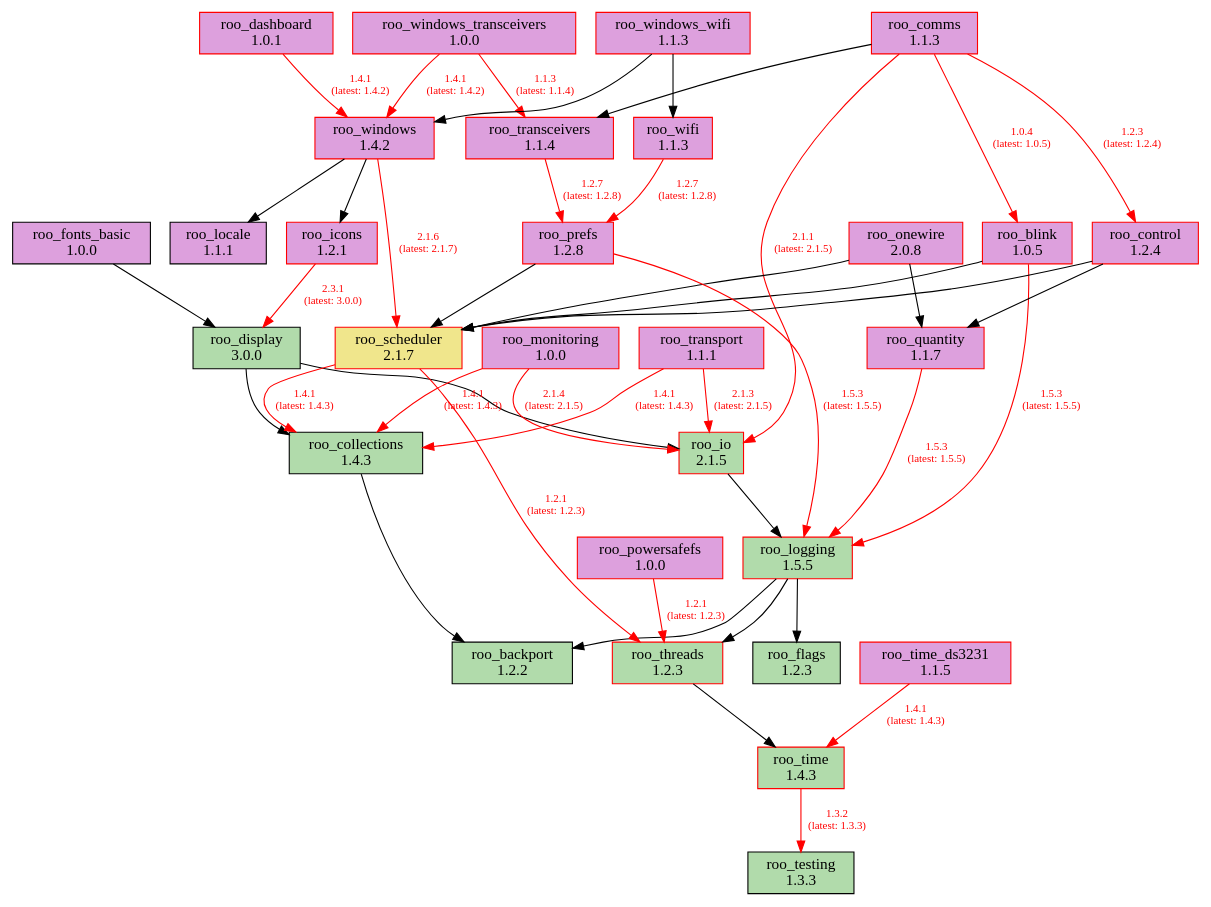
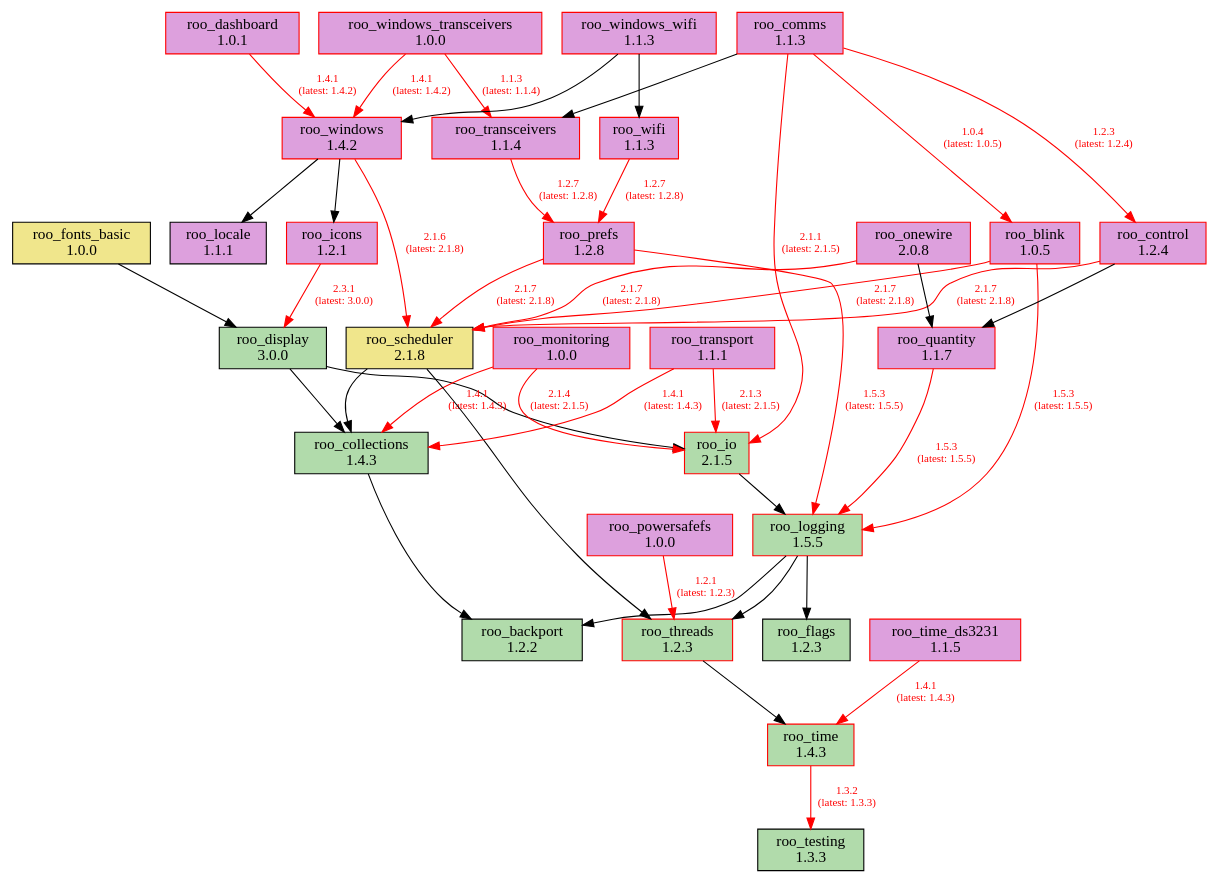
One commit to dejwk/roo-registry changed the diagram in doc/dependencies.dot. Above: the diagram before and after it, drawn with Graphviz. The commit also changed 3 other files, not shown here.

Commit message:
Added roo_scheduler 2.1.8 to the registry.

```diff
--- a/doc/dependencies.dot
+++ b/doc/dependencies.dot
@@ -1,80 +1,80 @@
 digraph dependencies {
     rankdir=TB;
     node [shape=box, style=filled];
     edge [fontsize=10];
 
     // Modules
     "roo_backport" [label="roo_backport\n1.2.2", fillcolor="#b1dbab", color="black"];
     "roo_blink" [label="roo_blink\n1.0.5", fillcolor="plum", color="red"];
     "roo_collections" [label="roo_collections\n1.4.3", fillcolor="#b1dbab", color="black"];
     "roo_comms" [label="roo_comms\n1.1.3", fillcolor="plum", color="red"];
     "roo_control" [label="roo_control\n1.2.4", fillcolor="plum", color="red"];
     "roo_dashboard" [label="roo_dashboard\n1.0.1", fillcolor="plum", color="red"];
     "roo_display" [label="roo_display\n3.0.0", fillcolor="#b1dbab", color="black"];
     "roo_flags" [label="roo_flags\n1.2.3", fillcolor="#b1dbab", color="black"];
-    "roo_fonts_basic" [label="roo_fonts_basic\n1.0.0", fillcolor="plum", color="black"];
+    "roo_fonts_basic" [label="roo_fonts_basic\n1.0.0", fillcolor="khaki", color="black"];
     "roo_icons" [label="roo_icons\n1.2.1", fillcolor="plum", color="red"];
     "roo_io" [label="roo_io\n2.1.5", fillcolor="#b1dbab", color="red"];
     "roo_locale" [label="roo_locale\n1.1.1", fillcolor="plum", color="black"];
     "roo_logging" [label="roo_logging\n1.5.5", fillcolor="#b1dbab", color="red"];
     "roo_monitoring" [label="roo_monitoring\n1.0.0", fillcolor="plum", color="red"];
     "roo_onewire" [label="roo_onewire\n2.0.8", fillcolor="plum", color="red"];
     "roo_powersafefs" [label="roo_powersafefs\n1.0.0", fillcolor="plum", color="red"];
     "roo_prefs" [label="roo_prefs\n1.2.8", fillcolor="plum", color="red"];
     "roo_quantity" [label="roo_quantity\n1.1.7", fillcolor="plum", color="red"];
-    "roo_scheduler" [label="roo_scheduler\n2.1.7", fillcolor="khaki", color="red"];
+    "roo_scheduler" [label="roo_scheduler\n2.1.8", fillcolor="khaki", color="black"];
     "roo_testing" [label="roo_testing\n1.3.3", fillcolor="#b1dbab", color="black"];
     "roo_threads" [label="roo_threads\n1.2.3", fillcolor="#b1dbab", color="red"];
     "roo_time" [label="roo_time\n1.4.3", fillcolor="#b1dbab", color="red"];
     "roo_time_ds3231" [label="roo_time_ds3231\n1.1.5", fillcolor="plum", color="red"];
     "roo_transceivers" [label="roo_transceivers\n1.1.4", fillcolor="plum", color="red"];
     "roo_transport" [label="roo_transport\n1.1.1", fillcolor="plum", color="red"];
     "roo_wifi" [label="roo_wifi\n1.1.3", fillcolor="plum", color="red"];
     "roo_windows" [label="roo_windows\n1.4.2", fillcolor="plum", color="red"];
     "roo_windows_transceivers" [label="roo_windows_transceivers\n1.0.0", fillcolor="plum", color="red"];
     "roo_windows_wifi" [label="roo_windows_wifi\n1.1.3", fillcolor="plum", color="red"];
 
     // Dependencies
     "roo_blink" -> "roo_logging" [color=red, fontcolor=red, label="1.5.3\n(latest: 1.5.5)"];
-    "roo_blink" -> "roo_scheduler";
+    "roo_blink" -> "roo_scheduler" [color=red, fontcolor=red, label="2.1.7\n(latest: 2.1.8)"];
     "roo_collections" -> "roo_backport";
     "roo_comms" -> "roo_blink" [color=red, fontcolor=red, label="1.0.4\n(latest: 1.0.5)"];
     "roo_comms" -> "roo_control" [color=red, fontcolor=red, label="1.2.3\n(latest: 1.2.4)"];
     "roo_comms" -> "roo_io" [color=red, fontcolor=red, label="2.1.1\n(latest: 2.1.5)"];
     "roo_comms" -> "roo_transceivers";
     "roo_control" -> "roo_quantity";
-    "roo_control" -> "roo_scheduler";
+    "roo_control" -> "roo_scheduler" [color=red, fontcolor=red, label="2.1.7\n(latest: 2.1.8)"];
     "roo_dashboard" -> "roo_windows" [color=red, fontcolor=red, label="1.4.1\n(latest: 1.4.2)"];
     "roo_display" -> "roo_collections";
     "roo_display" -> "roo_io";
     "roo_fonts_basic" -> "roo_display";
     "roo_icons" -> "roo_display" [color=red, fontcolor=red, label="2.3.1\n(latest: 3.0.0)"];
     "roo_io" -> "roo_logging";
     "roo_logging" -> "roo_backport";
     "roo_logging" -> "roo_flags";
     "roo_logging" -> "roo_threads";
     "roo_monitoring" -> "roo_collections" [color=red, fontcolor=red, label="1.4.1\n(latest: 1.4.3)"];
     "roo_monitoring" -> "roo_io" [color=red, fontcolor=red, label="2.1.4\n(latest: 2.1.5)"];
-    "roo_onewire" -> "roo_scheduler";
+    "roo_onewire" -> "roo_scheduler" [color=red, fontcolor=red, label="2.1.7\n(latest: 2.1.8)"];
     "roo_onewire" -> "roo_quantity";
     "roo_powersafefs" -> "roo_threads" [color=red, fontcolor=red, label="1.2.1\n(latest: 1.2.3)"];
     "roo_prefs" -> "roo_logging" [color=red, fontcolor=red, label="1.5.3\n(latest: 1.5.5)"];
-    "roo_prefs" -> "roo_scheduler";
+    "roo_prefs" -> "roo_scheduler" [color=red, fontcolor=red, label="2.1.7\n(latest: 2.1.8)"];
     "roo_quantity" -> "roo_logging" [color=red, fontcolor=red, label="1.5.3\n(latest: 1.5.5)"];
-    "roo_scheduler" -> "roo_collections" [color=red, fontcolor=red, label="1.4.1\n(latest: 1.4.3)"];
-    "roo_scheduler" -> "roo_threads" [color=red, fontcolor=red, label="1.2.1\n(latest: 1.2.3)"];
+    "roo_scheduler" -> "roo_collections";
+    "roo_scheduler" -> "roo_threads";
     "roo_threads" -> "roo_time";
     "roo_time" -> "roo_testing" [color=red, fontcolor=red, label="1.3.2\n(latest: 1.3.3)"];
     "roo_time_ds3231" -> "roo_time" [color=red, fontcolor=red, label="1.4.1\n(latest: 1.4.3)"];
     "roo_transceivers" -> "roo_prefs" [color=red, fontcolor=red, label="1.2.7\n(latest: 1.2.8)"];
     "roo_transport" -> "roo_collections" [color=red, fontcolor=red, label="1.4.1\n(latest: 1.4.3)"];
     "roo_transport" -> "roo_io" [color=red, fontcolor=red, label="2.1.3\n(latest: 2.1.5)"];
     "roo_wifi" -> "roo_prefs" [color=red, fontcolor=red, label="1.2.7\n(latest: 1.2.8)"];
     "roo_windows" -> "roo_locale";
     "roo_windows" -> "roo_icons";
-    "roo_windows" -> "roo_scheduler" [color=red, fontcolor=red, label="2.1.6\n(latest: 2.1.7)"];
+    "roo_windows" -> "roo_scheduler" [color=red, fontcolor=red, label="2.1.6\n(latest: 2.1.8)"];
     "roo_windows_transceivers" -> "roo_transceivers" [color=red, fontcolor=red, label="1.1.3\n(latest: 1.1.4)"];
     "roo_windows_transceivers" -> "roo_windows" [color=red, fontcolor=red, label="1.4.1\n(latest: 1.4.2)"];
     "roo_windows_wifi" -> "roo_wifi";
     "roo_windows_wifi" -> "roo_windows";
 }
```
